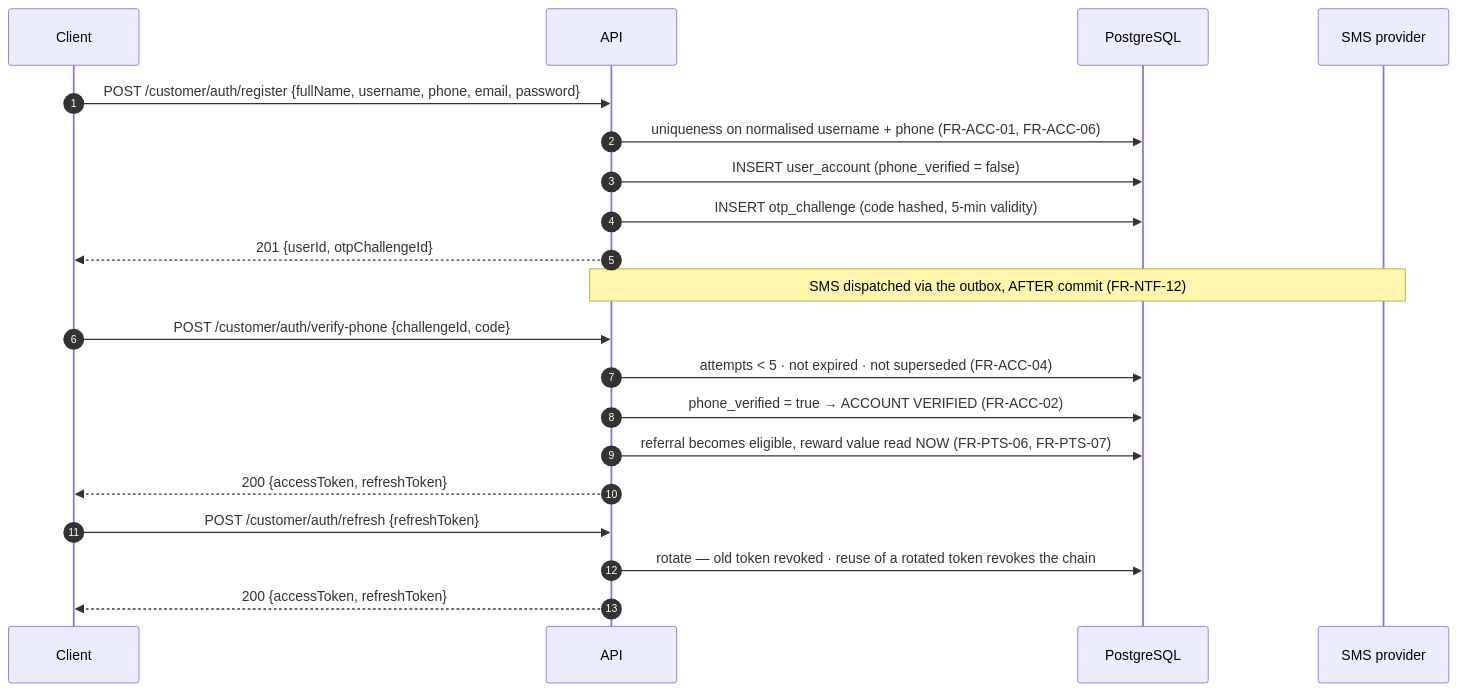
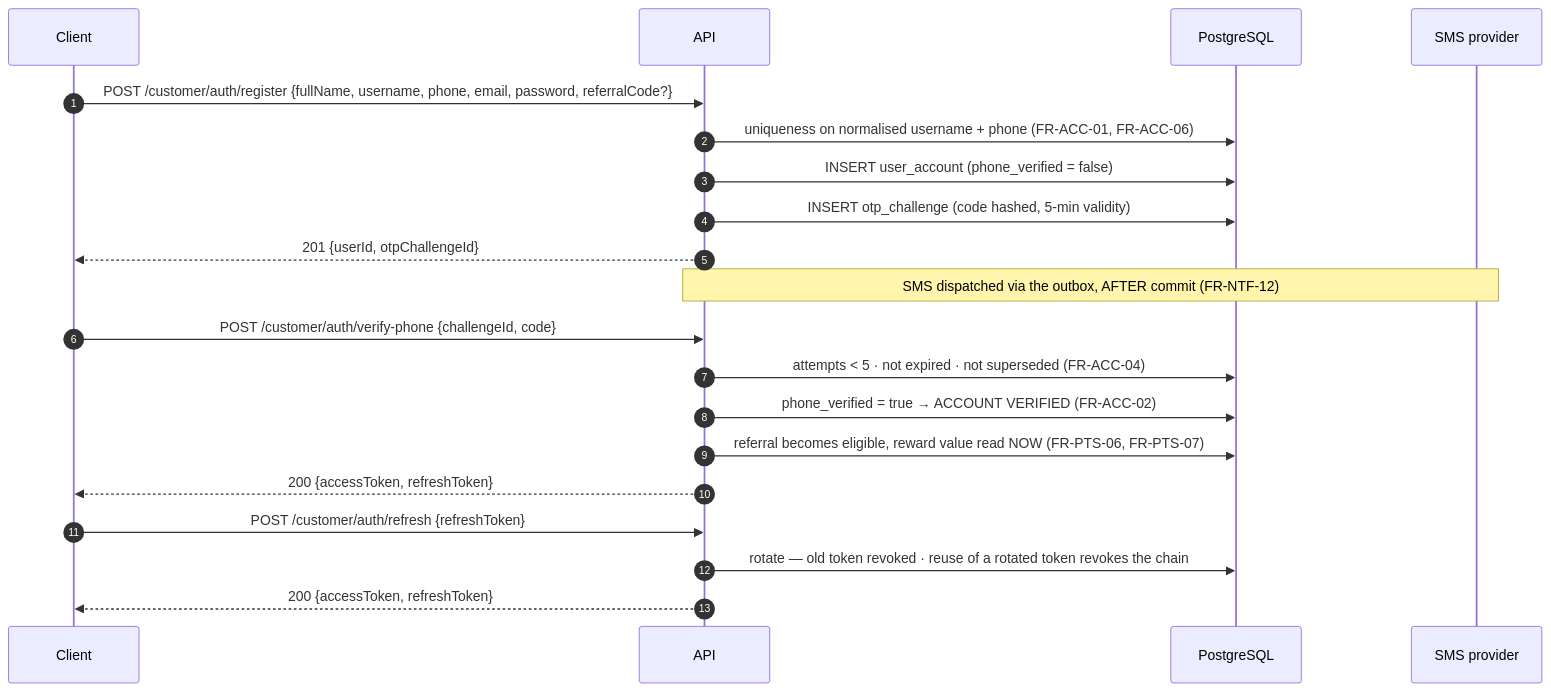
Before and after one commit to sayeddabdou/e7gz-ps: the diagram in docs/02-architecture/09 — API Architecture & Contract Map.md, drawn with Mermaid. The commit also changed other lines of this file and 6 other files, not shown here.

````diff
--- a/docs/02-architecture/09 — API Architecture & Contract Map.md
+++ b/docs/02-architecture/09 — API Architecture & Contract Map.md
@@ -162,25 +162,25 @@
 ```mermaid
 sequenceDiagram
     autonumber
     participant C as Client
     participant A as API
     participant DB as PostgreSQL
     participant S as SMS provider
 
-    C->>A: POST /customer/auth/register {fullName, username, phone, email, password}
+    C->>A: POST /customer/auth/register {fullName, username, phone, email, password, referralCode?}
     A->>DB: uniqueness on normalised username + phone (FR-ACC-01, FR-ACC-06)
     A->>DB: INSERT user_account (phone_verified = false)
     A->>DB: INSERT otp_challenge (code hashed, 5-min validity)
     A-->>C: 201 {userId, otpChallengeId}
     Note over A,S: SMS dispatched via the outbox, AFTER commit (FR-NTF-12)
 
     C->>A: POST /customer/auth/verify-phone {challengeId, code}
     A->>DB: attempts < 5 · not expired · not superseded (FR-ACC-04)
     A->>DB: phone_verified = true  →  ACCOUNT VERIFIED (FR-ACC-02)
     A->>DB: referral becomes eligible, reward value read NOW (FR-PTS-06, FR-PTS-07)
     A-->>C: 200 {accessToken, refreshToken}
 
     C->>A: POST /customer/auth/refresh {refreshToken}
     A->>DB: rotate — old token revoked · reuse of a rotated token revokes the chain
     A-->>C: 200 {accessToken, refreshToken}
 ```
````
